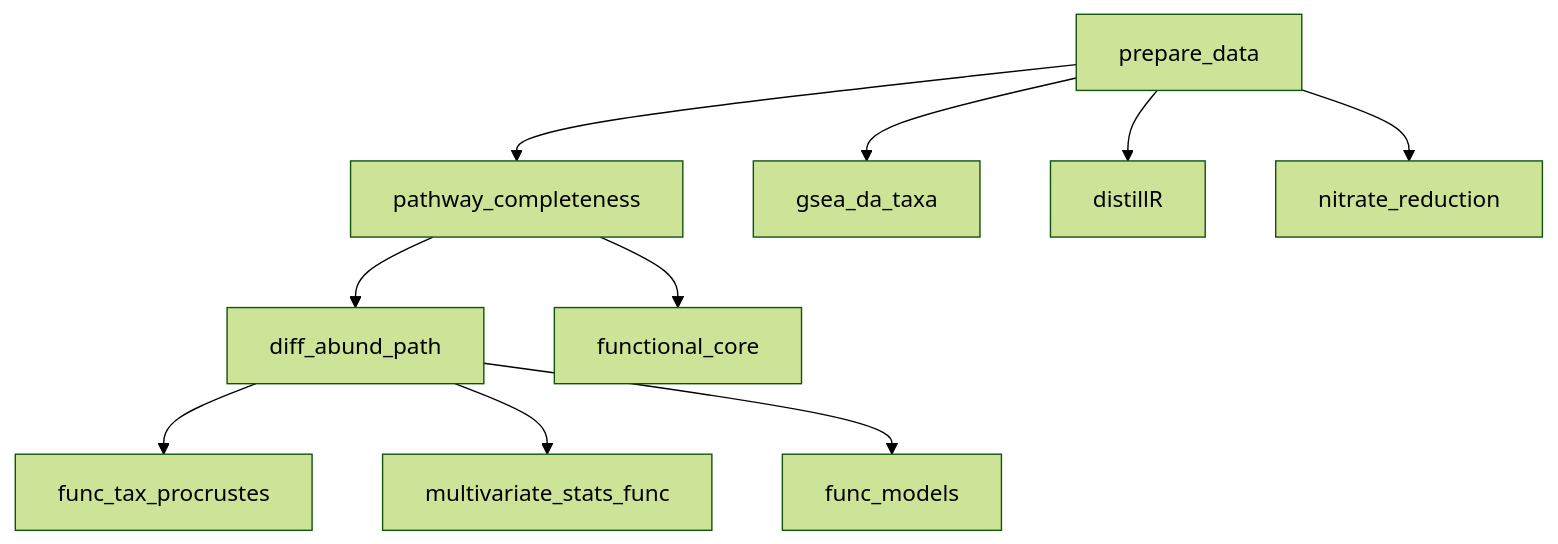
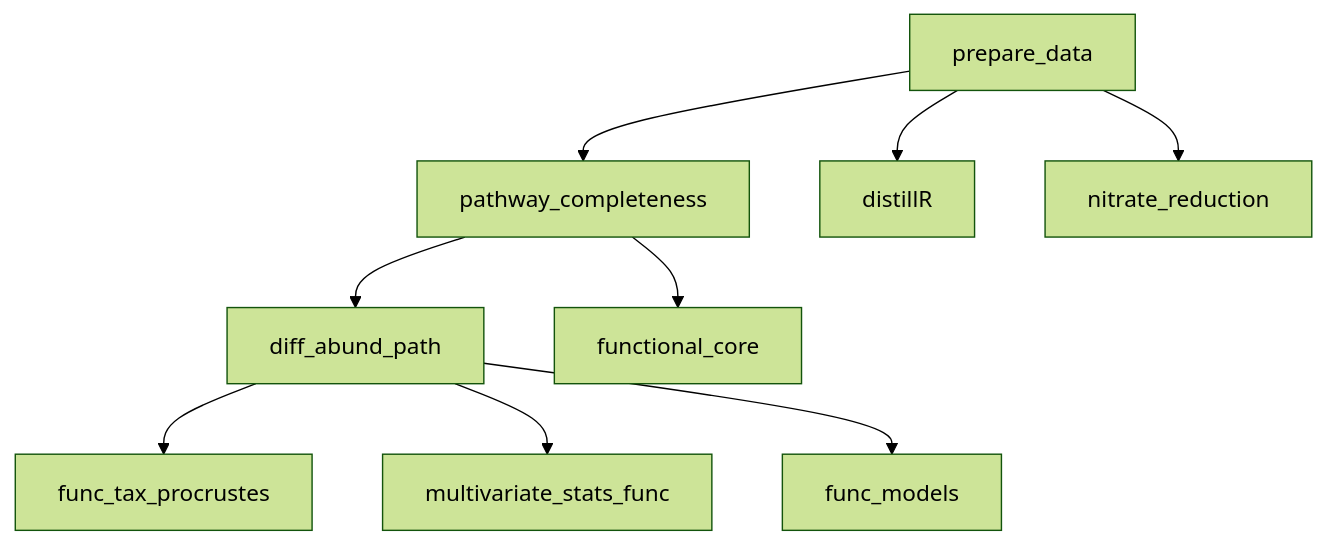
Before and after one commit to markella-moraitou/mammal_oral_microbiome_stats: the second of 3 diagrams in README.md, drawn with Mermaid (forest theme). The commit also changed other lines of this file and 2 other files, not shown here.

Commit message:
Run GSEA on hq MAGs

````diff
--- a/README.md
+++ b/README.md
@@ -19,12 +19,11 @@
 ```mermaid
 flowchart TD;
     A[prepare_data]-->B[pathway_completeness];
     B-->C[diff_abund_path];
     B-->D[functional_core];
-    A-->E[gsea_da_taxa];
     A-->F[distillR];
     C-->G[func_tax_procrustes];
     C-->H[multivariate_stats_func];
     C-->I[func_models];
     A-->J[nitrate_reduction];
 ```
````
